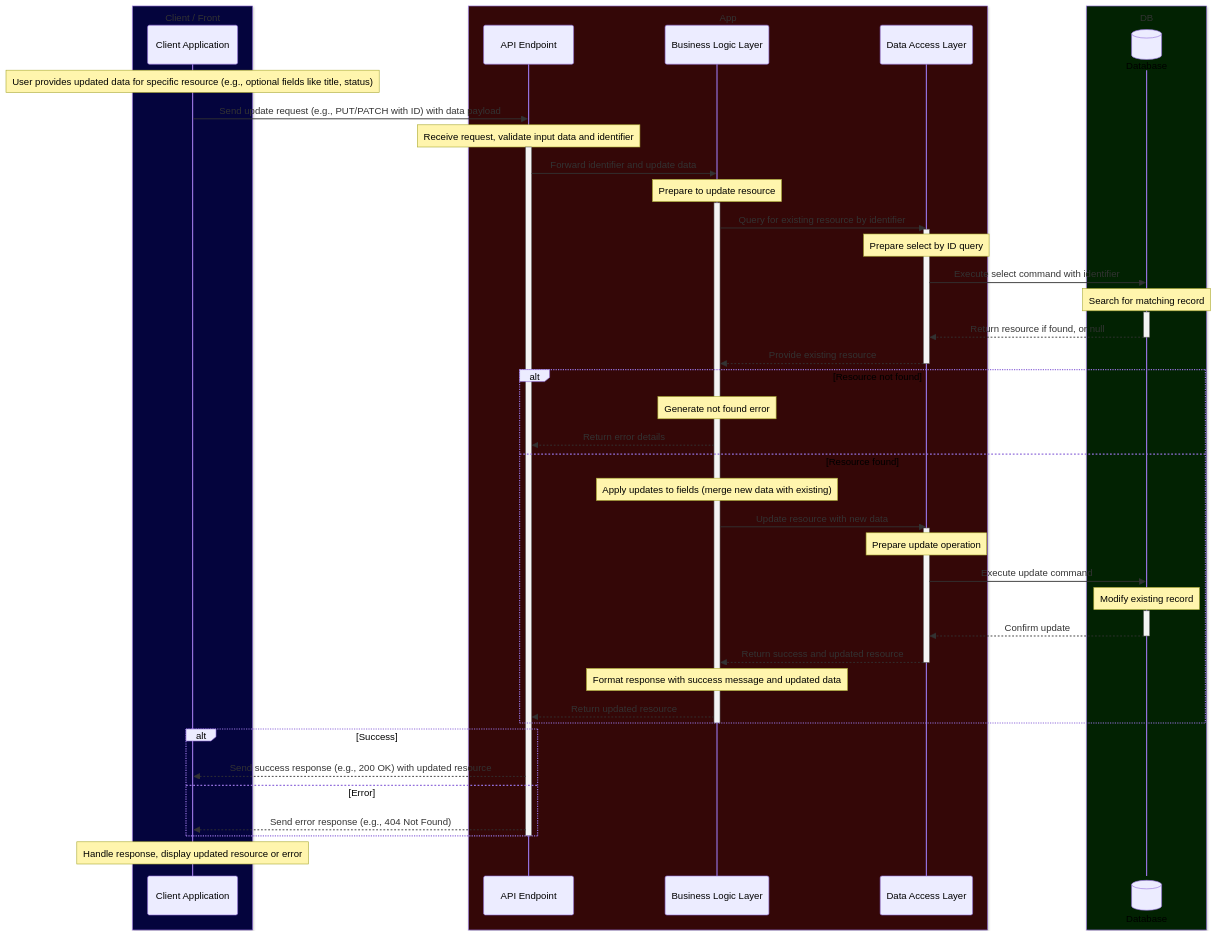
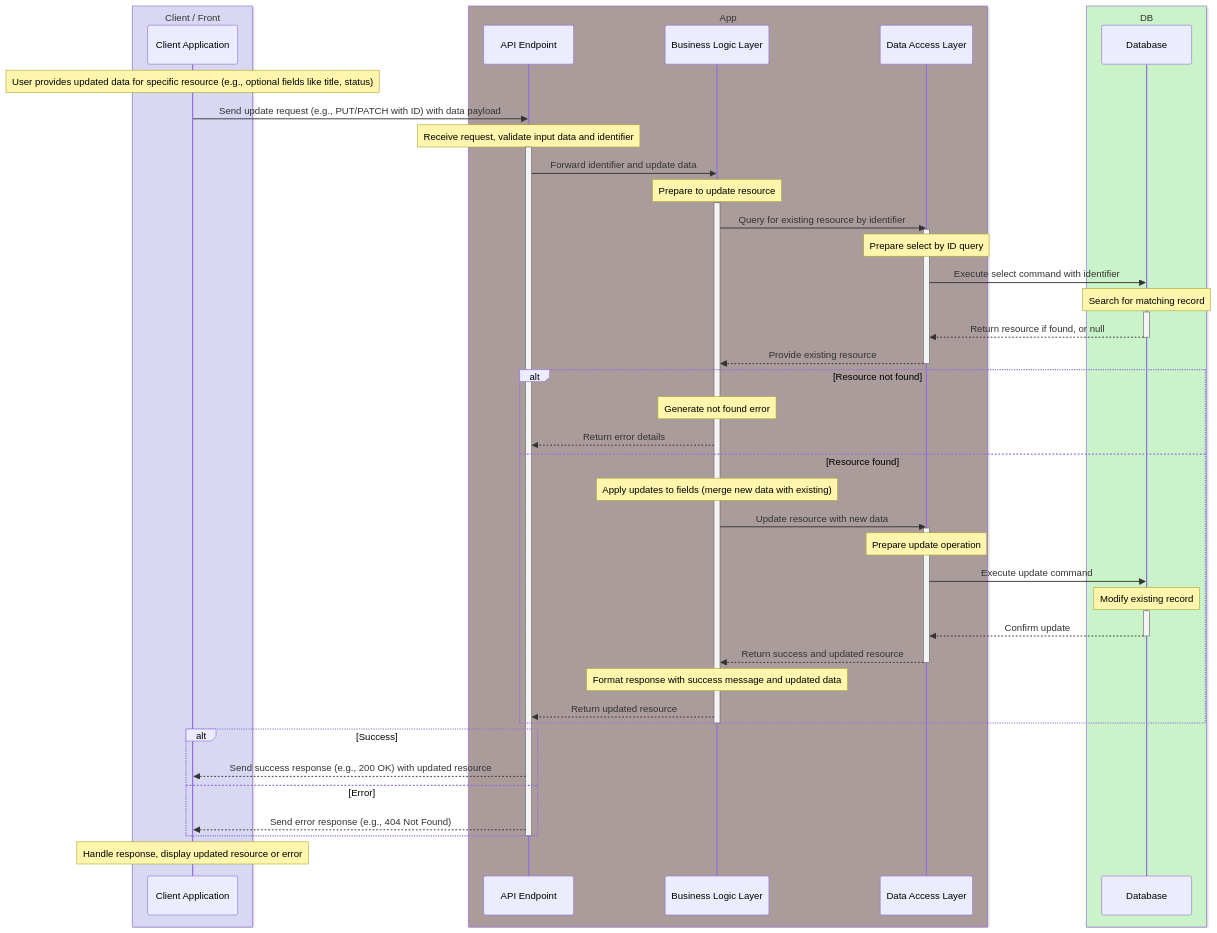
The diagram in docs/update-book.md (alirezazamanidev/book-crud), drawn with Mermaid before and after one commit. The commit also changed 6 other files, not shown here.

Commit message:
feat: change color boxes in diagram

````diff
--- a/docs/update-book.md
+++ b/docs/update-book.md
@@ -3,57 +3,58 @@
 ```mermaid
 sequenceDiagram
-    box rgb(4, 4, 61) Client / Front
+    box rgb(216, 216, 242) Client / Front
     participant Client as Client Application
     end
-    box rgb(52, 7, 7) App
+    box rgb(171, 156, 156) App
     participant API as API Endpoint
     participant Logic as Business Logic Layer
     participant DataAccess as Data Access Layer
     end
-    box rgb(2, 34, 2) DB
-    participant Database@{"type":"database"}
+    box rgb(202, 243, 202) DB
+    participant Database
     end
+
     Note over Client: User provides updated data for specific resource (e.g., optional fields like title, status)
     Client->>API: Send update request (e.g., PUT/PATCH with ID) with data payload
     Note over API: Receive request, validate input data and identifier
     activate API
     API->>Logic: Forward identifier and update data
     Note over Logic: Prepare to update resource
     activate Logic
     Logic->>DataAccess: Query for existing resource by identifier
     activate DataAccess
     Note over DataAccess: Prepare select by ID query
     DataAccess->>Database: Execute select command with identifier
     Note over Database: Search for matching record
     activate Database
     Database-->>DataAccess: Return resource if found, or null
     deactivate Database
     DataAccess-->>Logic: Provide existing resource
     deactivate DataAccess
     alt Resource not found
         Note over Logic: Generate not found error
         Logic-->>API: Return error details
     else Resource found
         Note over Logic: Apply updates to fields (merge new data with existing)
         Logic->>DataAccess: Update resource with new data
         activate DataAccess
         Note over DataAccess: Prepare update operation
         DataAccess->>Database: Execute update command
         Note over Database: Modify existing record
         activate Database
         Database-->>DataAccess: Confirm update
         deactivate Database
         DataAccess-->>Logic: Return success and updated resource
         deactivate DataAccess
         Note over Logic: Format response with success message and updated data
         Logic-->>API: Return updated resource
     end
     deactivate Logic
     alt Success
         API-->>Client: Send success response (e.g., 200 OK) with updated resource
     else Error
         API-->>Client: Send error response (e.g., 404 Not Found)
     end
     deactivate API
     Note over Client: Handle response, display updated resource or error
 ```
````
